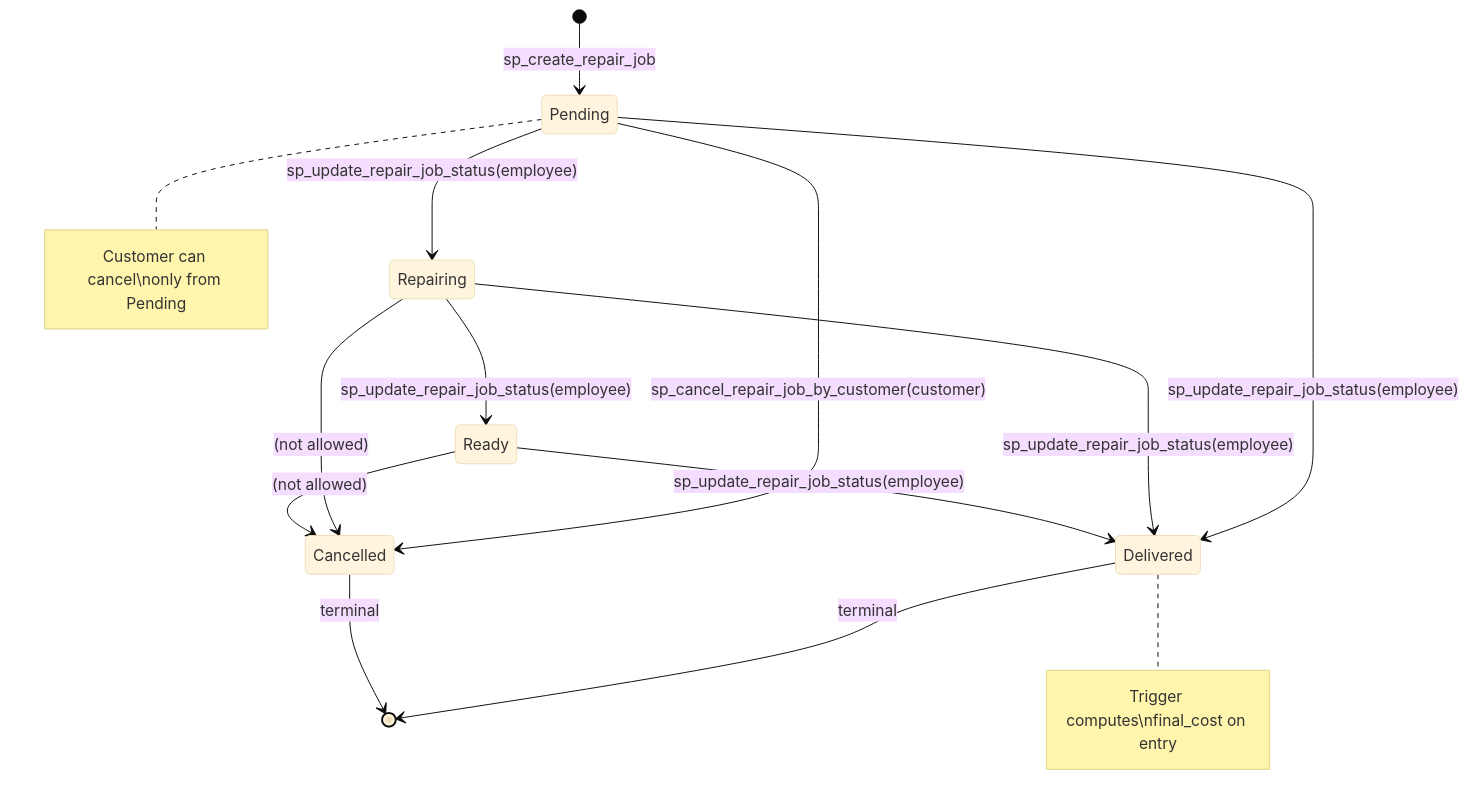
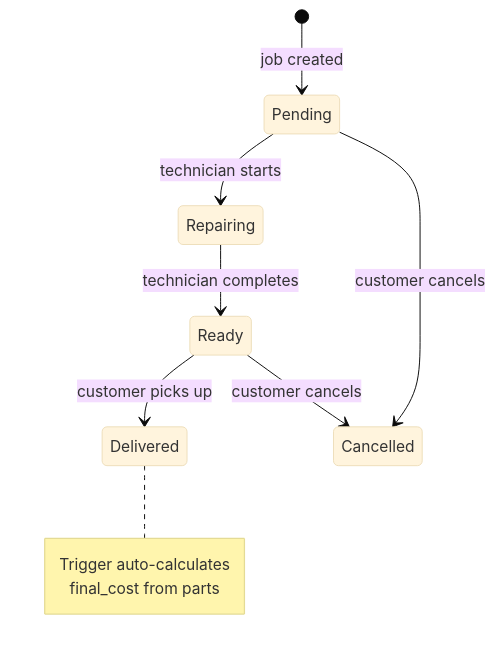
The third of 4 diagrams in database/DATABASE_DOCUMENTATION.md (AlphaBeast97/DBMS-Flutter-Porject), drawn with Mermaid (base theme) before and after one commit. The commit also changed other lines of this file and 41 other files, not shown here.

````diff
--- a/database/DATABASE_DOCUMENTATION.md
+++ b/database/DATABASE_DOCUMENTATION.md
@@ -163,17 +213,14 @@
 ```mermaid
 stateDiagram-v2
-    [*] --> Pending : sp_create_repair_job
-    Pending --> Repairing : sp_update_repair_job_status(employee)
-    Pending --> Cancelled : sp_cancel_repair_job_by_customer(customer)
-    Pending --> Delivered : sp_update_repair_job_status(employee)
-    Repairing --> Ready : sp_update_repair_job_status(employee)
-    Repairing --> Cancelled : (not allowed)
-    Repairing --> Delivered : sp_update_repair_job_status(employee)
-    Ready --> Delivered : sp_update_repair_job_status(employee)
-    Ready --> Cancelled : (not allowed)
-    Delivered --> [*] : terminal
-    Cancelled --> [*] : terminal
+    [*] --> Pending : job created
+    Pending --> Repairing : technician starts
+    Repairing --> Ready : technician completes
+    Ready --> Delivered : customer picks up
+    Pending --> Cancelled : customer cancels
+    Ready --> Cancelled : customer cancels
 
-    note right of Pending : Customer can cancel\nonly from Pending
-    note right of Delivered : Trigger computes\nfinal_cost on entry
+    note right of Delivered
+        Trigger auto-calculates
+        final_cost from parts
+    end note
 ```
````
